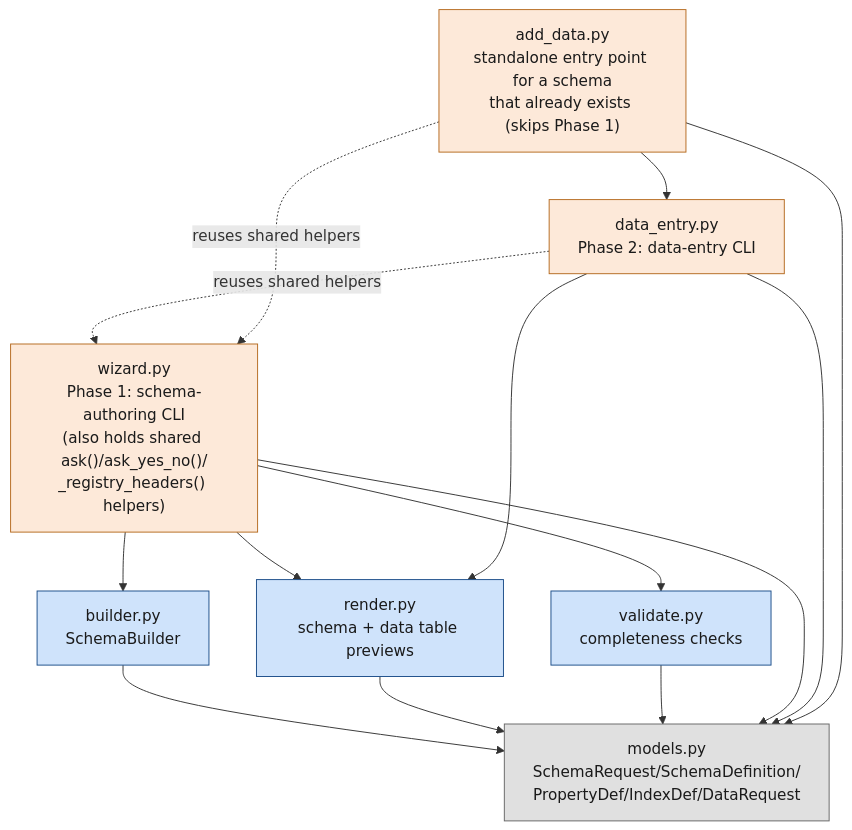
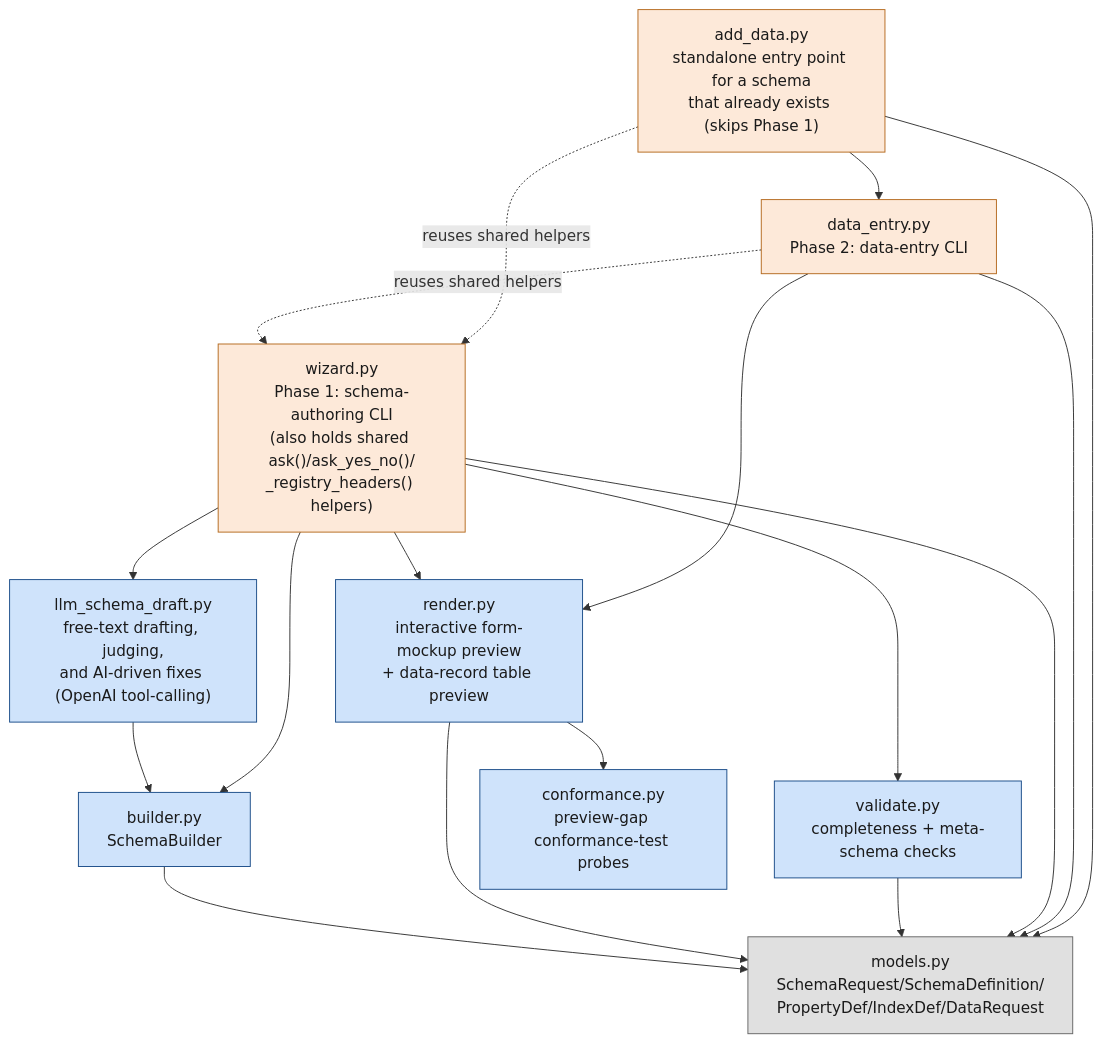
The diagram in registry-prototype/README.md (srujana-egov/policy-to-calc-spec), drawn with Mermaid before and after one commit. The commit also changed other lines of this file, not shown here.

First line of the commit message:
Rewrite registry-prototype's README for the free-text drafting + interactive preview rework

````diff
--- a/registry-prototype/README.md
+++ b/registry-prototype/README.md
@@ -185,28 +309,33 @@
 ```mermaid
 flowchart TD
     models["models.py<br/>SchemaRequest/SchemaDefinition/<br/>PropertyDef/IndexDef/DataRequest"]:::model
     builder["builder.py<br/>SchemaBuilder"]:::logic
-    validate["validate.py<br/>completeness checks"]:::logic
-    render["render.py<br/>schema + data table previews"]:::logic
+    validate["validate.py<br/>completeness + meta-schema checks"]:::logic
+    conformance["conformance.py<br/>preview-gap conformance-test probes"]:::logic
+    render["render.py<br/>interactive form-mockup preview<br/>+ data-record table preview"]:::logic
+    llm["llm_schema_draft.py<br/>free-text drafting, judging,<br/>and AI-driven fixes (OpenAI tool-calling)"]:::logic
     wizard["wizard.py<br/>Phase 1: schema-authoring CLI<br/>(also holds shared ask()/ask_yes_no()/<br/>_registry_headers() helpers)"]:::entry
     data_entry["data_entry.py<br/>Phase 2: data-entry CLI"]:::entry
     add_data["add_data.py<br/>standalone entry point for a schema<br/>that already exists (skips Phase 1)"]:::entry
 
     builder --> models
     render --> models
+    render --> conformance
     validate --> models
+    llm --> builder
     wizard --> builder
     wizard --> models
     wizard --> render
     wizard --> validate
+    wizard --> llm
     data_entry --> models
     data_entry --> render
     data_entry -.->|reuses shared helpers| wizard
     add_data --> data_entry
     add_data --> models
     add_data -.->|reuses shared helpers| wizard
 
     classDef entry fill:#fde9d9,stroke:#b56a1f,color:#1a1a1a
     classDef model fill:#e0e0e0,stroke:#666,color:#1a1a1a
     classDef logic fill:#cfe3fb,stroke:#1b4d89,color:#1a1a1a
 ```
````
